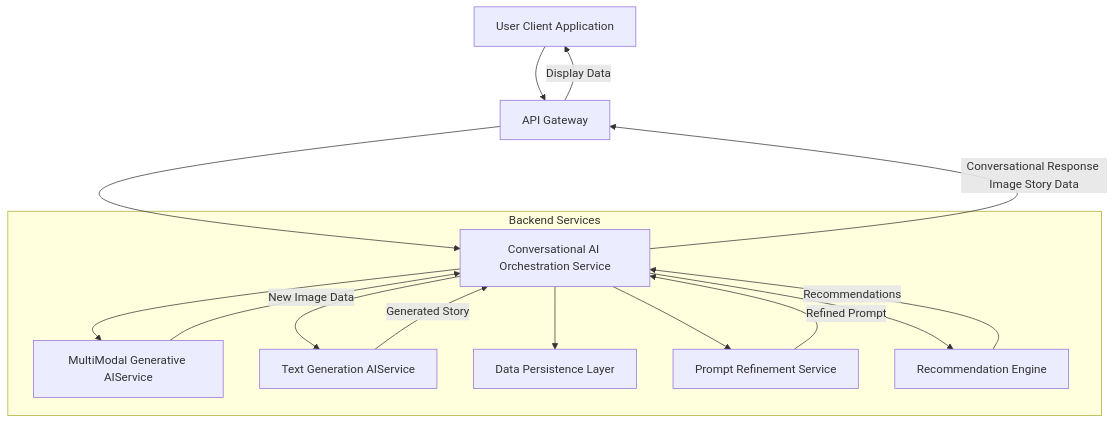
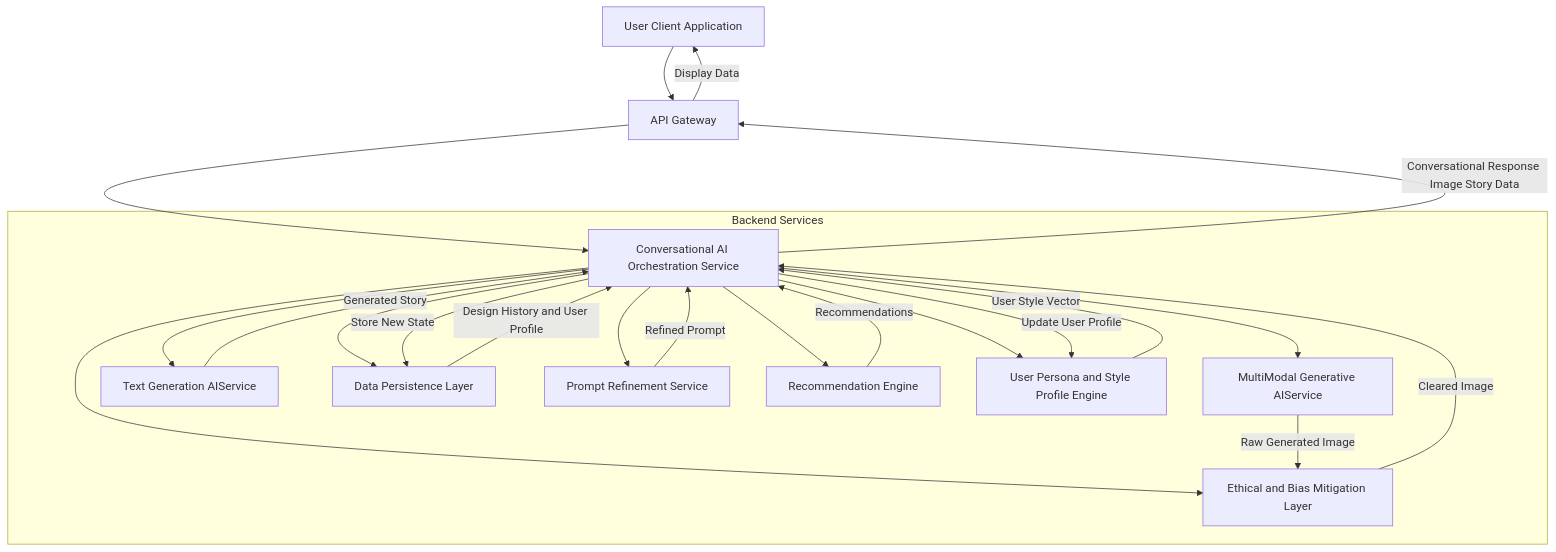
The first of 8 diagrams in inventions/003_narrative_generative_image_editing/004_conversational_ai_design_co_creation.md (diplomat-bit/Citibank_Demo_Business_Inc_Demonstration-), drawn with Mermaid before and after one commit. The commit also changed other lines of this file, not shown here.

Commit message:
[AI] Edit: inventions/003_narrative_generative_image_editing/004_conversational_ai_design_co_creation.md

````diff
--- a/inventions/003_narrative_generative_image_editing/004_conversational_ai_design_co_creation.md
+++ b/inventions/003_narrative_generative_image_editing/004_conversational_ai_design_co_creation.md
@@ -40,25 +39,35 @@
 ```mermaid
 graph TD
     A[User Client Application] --> B[API Gateway]
     B --> C[Conversational AI Orchestration Service]
     C --> D[MultiModal Generative AIService]
     C --> E[Text Generation AIService]
     C --> F[Data Persistence Layer]
     C --> G[Prompt Refinement Service]
     C --> H[Recommendation Engine]
-    D -- New Image Data --> C
+    C --> I[Ethical and Bias Mitigation Layer]
+    C --> J[User Persona and Style Profile Engine]
+
+    D -- Raw Generated Image --> I
+    I -- Cleared Image --> C
     E -- Generated Story --> C
     G -- Refined Prompt --> C
     H -- Recommendations --> C
+    J -- User Style Vector --> C
+    F -- Design History and User Profile --> C
     C -- Conversational Response Image Story Data --> B
     B -- Display Data --> A
+    C -- Store New State --> F
+    C -- Update User Profile --> J
 
     subgraph Backend Services
         C
         D
         E
         F
         G
         H
+        I
+        J
     end
 ```
````
